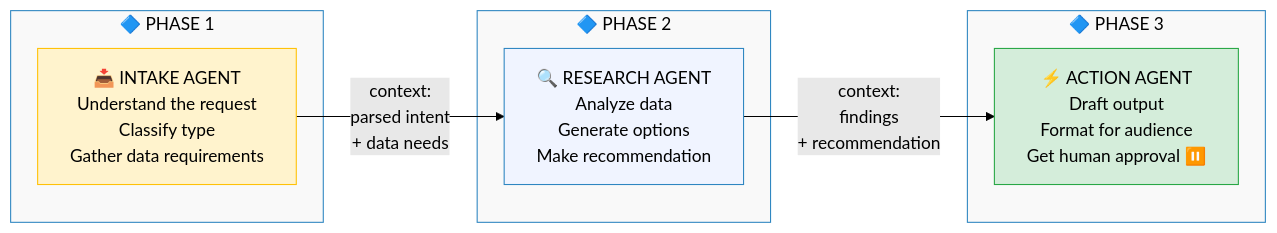
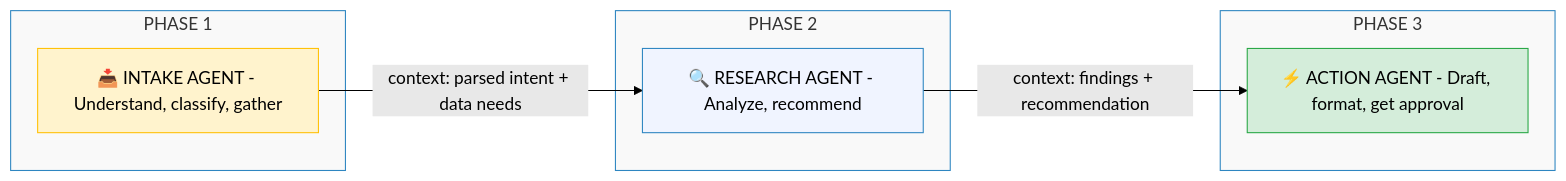
Before and after one commit to ithinktavo/GenAI-Engineering-Handbook: the fifth of 8 diagrams in docs/09-orchestration-patterns.md, drawn with Mermaid (forest theme). The commit also changed other lines of this file and 9 other files, not shown here.

First line of the commit message:
Fix Mermaid rendering: remove emoji from subgraph titles and unsupported syntax

````diff
--- a/docs/09-orchestration-patterns.md
+++ b/docs/09-orchestration-patterns.md
@@ -190,24 +190,24 @@
 ```mermaid
 graph LR
-    subgraph P1 ["🔷 PHASE 1"]
-        Intake["📥 INTAKE AGENT\nUnderstand the request\nClassify type\nGather data requirements"]
+    subgraph P1 ["PHASE 1"]
+        Intake["📥 INTAKE AGENT - Understand, classify, gather"]
     end
 
-    subgraph P2 ["🔷 PHASE 2"]
-        Research["🔍 RESEARCH AGENT\nAnalyze data\nGenerate options\nMake recommendation"]
+    subgraph P2 ["PHASE 2"]
+        Research["🔍 RESEARCH AGENT - Analyze, recommend"]
     end
 
-    subgraph P3 ["🔷 PHASE 3"]
-        Action["⚡ ACTION AGENT\nDraft output\nFormat for audience\nGet human approval ⏸️"]
+    subgraph P3 ["PHASE 3"]
+        Action["⚡ ACTION AGENT - Draft, format, get approval"]
     end
 
-    Intake -- "context:\nparsed intent\n+ data needs" --> Research
-    Research -- "context:\nfindings\n+ recommendation" --> Action
+    Intake -- "context: parsed intent + data needs" --> Research
+    Research -- "context: findings + recommendation" --> Action
 
-    style Intake fill:#fff3cd,stroke:#ffc107,color:#000
-    style Research fill:#f0f4ff,stroke:#2E86C1,color:#000
-    style Action fill:#d4edda,stroke:#28a745,color:#000
-    style P1 fill:#f9f9f9,stroke:#2E86C1,color:#000
-    style P2 fill:#f9f9f9,stroke:#2E86C1,color:#000
-    style P3 fill:#f9f9f9,stroke:#2E86C1,color:#000
+    style Intake fill:#fff3cd,stroke:#ffc107
+    style Research fill:#f0f4ff,stroke:#2E86C1
+    style Action fill:#d4edda,stroke:#28a745
+    style P1 fill:#f9f9f9,stroke:#2E86C1
+    style P2 fill:#f9f9f9,stroke:#2E86C1
+    style P3 fill:#f9f9f9,stroke:#2E86C1
 ```
````
